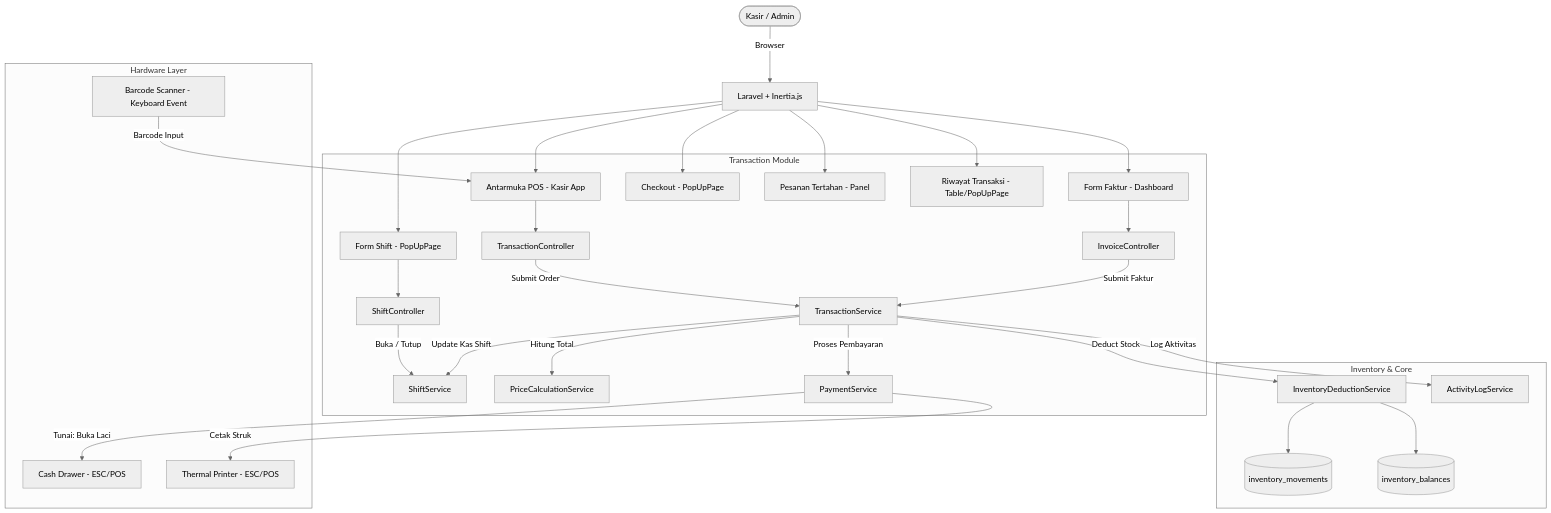
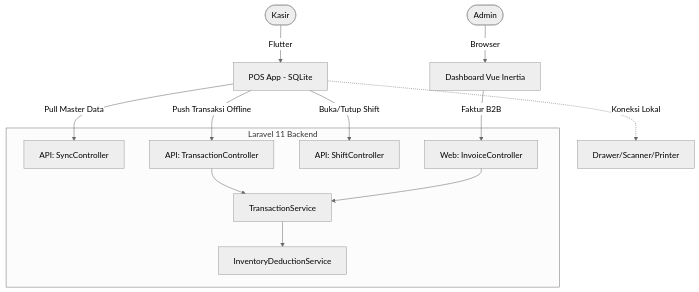
The diagram in prd/PRD Transaksi V1.md (whykrr/sollu-app), drawn with Mermaid (neutral theme) before and after one commit. The commit also changed other lines of this file and 54 other files, not shown here.

Commit message:
feat: implement POS core system including device pairing, shift management, transaction processing, and master data synchronization APIs

````diff
--- a/prd/PRD Transaksi V1.md
+++ b/prd/PRD Transaksi V1.md
@@ -196,62 +94,25 @@
 ```mermaid
 flowchart TD
-    User([Kasir / Admin]) -->|Browser| App[Laravel + Inertia.js]
+    Kasir([Kasir]) -->|Flutter| POSApp[POS App - SQLite]
+    Admin([Admin]) -->|Browser| Dashboard[Dashboard Vue Inertia]
 
-    subgraph Transaction Module
-        POS[Antarmuka POS - Kasir App]
-        InvoiceForm[Form Faktur - Dashboard]
-        ShiftForm[Form Shift - PopUpPage]
-        Checkout[Checkout - PopUpPage]
-        HoldList[Pesanan Tertahan - Panel]
-        Hist[Riwayat Transaksi - Table/PopUpPage]
-        TransCtrl[TransactionController]
-        InvoiceCtrl[InvoiceController]
-        ShiftCtrl[ShiftController]
-        TransService[TransactionService]
-        ShiftService[ShiftService]
-        PriceCalc[PriceCalculationService]
-        PaymentService[PaymentService]
+    subgraph Backend [Laravel 11 Backend]
+        ApiSync[API: SyncController]
+        ApiTrans[API: TransactionController]
+        ApiShift[API: ShiftController]
+        WebInvoice[Web: InvoiceController]
+        TS[TransactionService]
+        IS[InventoryDeductionService]
     end
 
-    subgraph Inventory & Core
-        InvDeduction[InventoryDeductionService]
-        Ledger[(inventory_movements)]
-        Balance[(inventory_balances)]
-        Activity[ActivityLogService]
-    end
+    POSApp -->|Pull Master Data| ApiSync
+    POSApp -->|Push Transaksi Offline| ApiTrans
+    POSApp -->|Buka/Tutup Shift| ApiShift
+    POSApp -.->|Koneksi Lokal| Hardware[Drawer/Scanner/Printer]
 
-    subgraph Hardware Layer
-        CashDrawer[Cash Drawer - ESC/POS]
-        Scanner[Barcode Scanner - Keyboard Event]
-        Printer[Thermal Printer - ESC/POS]
-    end
-
-    App --> POS
-    App --> InvoiceForm
-    App --> ShiftForm
-    App --> Checkout
-    App --> HoldList
-    App --> Hist
-
-    POS --> TransCtrl
-    InvoiceForm --> InvoiceCtrl
-    ShiftForm --> ShiftCtrl
-
-    TransCtrl -->|Submit Order| TransService
-    InvoiceCtrl -->|Submit Faktur| TransService
-    ShiftCtrl -->|Buka / Tutup| ShiftService
-
-    TransService -->|Hitung Total| PriceCalc
-    TransService -->|Proses Pembayaran| PaymentService
-    TransService -->|Deduct Stock| InvDeduction
-    TransService -->|Log Aktivitas| Activity
-    TransService -->|Update Kas Shift| ShiftService
-
-    PaymentService -->|Tunai: Buka Laci| CashDrawer
-    PaymentService -->|Cetak Struk| Printer
-
-    InvDeduction --> Ledger
-    InvDeduction --> Balance
-
-    Scanner -->|Barcode Input| POS
+    Dashboard -->|Faktur B2B| WebInvoice
+    
+    ApiTrans --> TS
+    WebInvoice --> TS
+    TS --> IS
 ```
````
